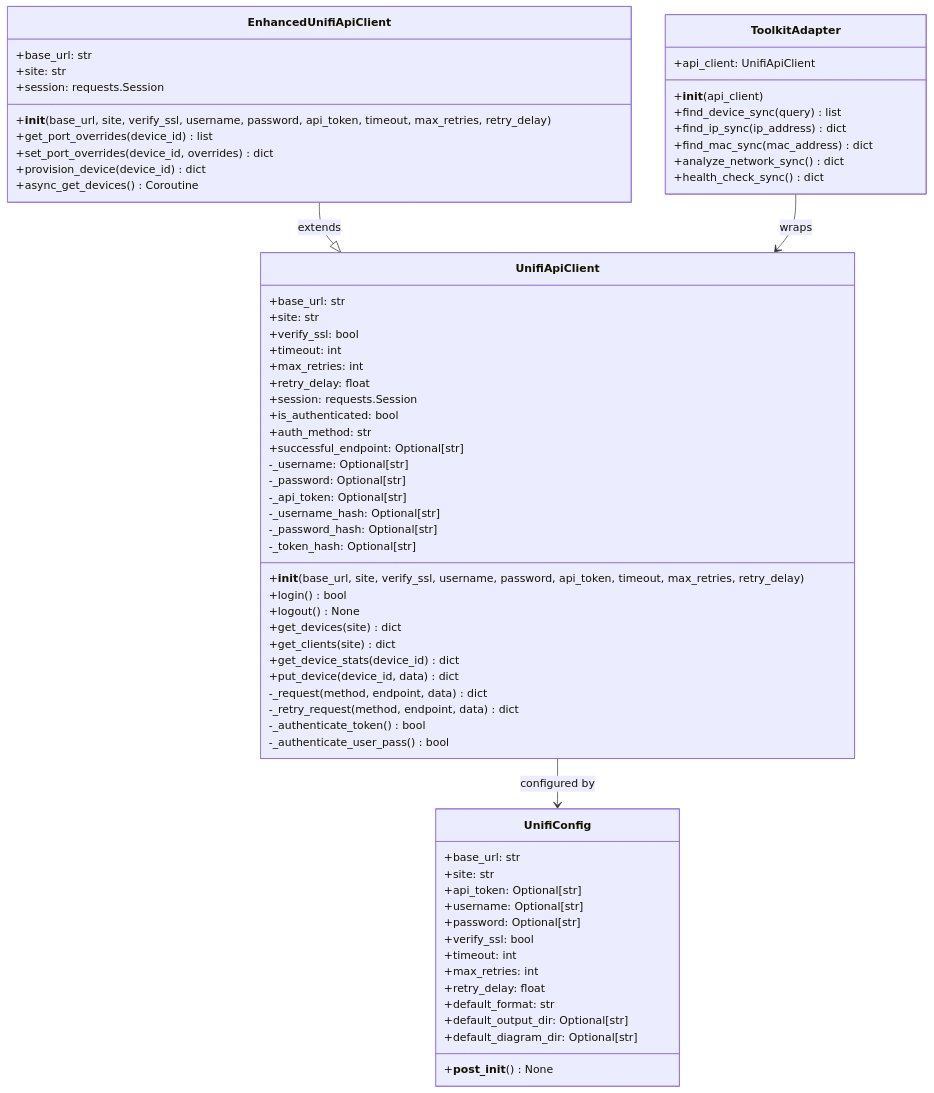
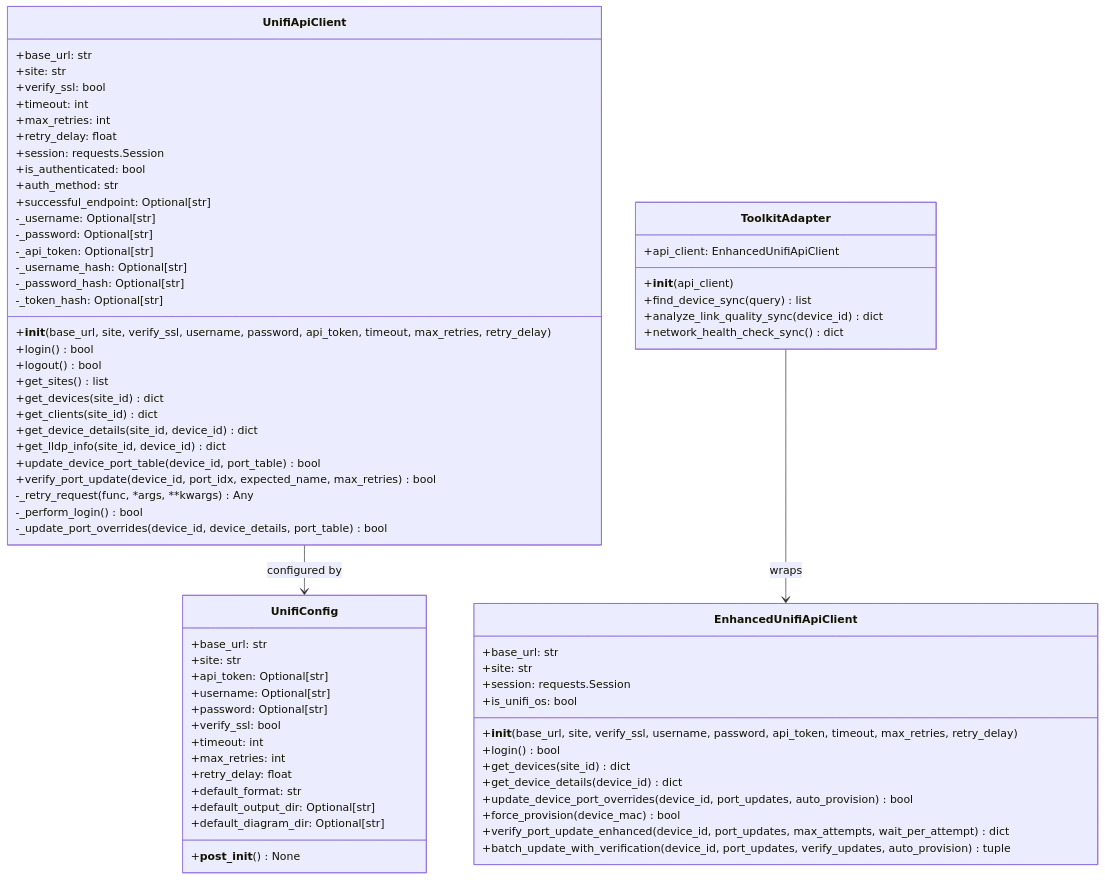
One commit to NetDevAutomate/unifi_management_cli changed diagram 15 of 26 in docs/architecture/c4-architecture.md. Above: the diagram before and after it, drawn with Mermaid. The commit also changed other lines of this file and 2 other files, not shown here.

First line of the commit message:
docs(architecture): refresh the C4 and overview docs

````diff
--- a/docs/architecture/c4-architecture.md
+++ b/docs/architecture/c4-architecture.md
@@ -526,73 +569,76 @@
 ```mermaid
 classDiagram
     class UnifiApiClient {
         +base_url: str
         +site: str
         +verify_ssl: bool
         +timeout: int
         +max_retries: int
         +retry_delay: float
         +session: requests.Session
         +is_authenticated: bool
         +auth_method: str
         +successful_endpoint: Optional[str]
         -_username: Optional[str]
         -_password: Optional[str]
         -_api_token: Optional[str]
         -_username_hash: Optional[str]
         -_password_hash: Optional[str]
         -_token_hash: Optional[str]
         +__init__(base_url, site, verify_ssl, username, password, api_token, timeout, max_retries, retry_delay)
         +login() bool
-        +logout() None
-        +get_devices(site) dict
-        +get_clients(site) dict
-        +get_device_stats(device_id) dict
-        +put_device(device_id, data) dict
-        -_request(method, endpoint, data) dict
-        -_retry_request(method, endpoint, data) dict
-        -_authenticate_token() bool
-        -_authenticate_user_pass() bool
+        +logout() bool
+        +get_sites() list
+        +get_devices(site_id) dict
+        +get_clients(site_id) dict
+        +get_device_details(site_id, device_id) dict
+        +get_lldp_info(site_id, device_id) dict
+        +update_device_port_table(device_id, port_table) bool
+        +verify_port_update(device_id, port_idx, expected_name, max_retries) bool
+        -_retry_request(func, *args, **kwargs) Any
+        -_perform_login() bool
+        -_update_port_overrides(device_id, device_details, port_table) bool
     }
 
     class EnhancedUnifiApiClient {
         +base_url: str
         +site: str
         +session: requests.Session
+        +is_unifi_os: bool
         +__init__(base_url, site, verify_ssl, username, password, api_token, timeout, max_retries, retry_delay)
-        +get_port_overrides(device_id) list
-        +set_port_overrides(device_id, overrides) dict
-        +provision_device(device_id) dict
-        +async_get_devices() Coroutine
+        +login() bool
+        +get_devices(site_id) dict
+        +get_device_details(device_id) dict
+        +update_device_port_overrides(device_id, port_updates, auto_provision) bool
+        +force_provision(device_mac) bool
+        +verify_port_update_enhanced(device_id, port_updates, max_attempts, wait_per_attempt) dict
+        +batch_update_with_verification(device_id, port_updates, verify_updates, auto_provision) tuple
     }
 
     class UnifiConfig {
         +base_url: str
         +site: str
         +api_token: Optional[str]
         +username: Optional[str]
         +password: Optional[str]
         +verify_ssl: bool
         +timeout: int
         +max_retries: int
         +retry_delay: float
         +default_format: str
         +default_output_dir: Optional[str]
         +default_diagram_dir: Optional[str]
         +__post_init__() None
     }
 
     class ToolkitAdapter {
-        +api_client: UnifiApiClient
+        +api_client: EnhancedUnifiApiClient
         +__init__(api_client)
         +find_device_sync(query) list
-        +find_ip_sync(ip_address) dict
-        +find_mac_sync(mac_address) dict
-        +analyze_network_sync() dict
-        +health_check_sync() dict
+        +analyze_link_quality_sync(device_id) dict
+        +network_health_check_sync() dict
     }
 
-    EnhancedUnifiApiClient --|> UnifiApiClient : extends
-    ToolkitAdapter --> UnifiApiClient : wraps
+    ToolkitAdapter --> EnhancedUnifiApiClient : wraps
     UnifiApiClient --> UnifiConfig : configured by
 ```
````
